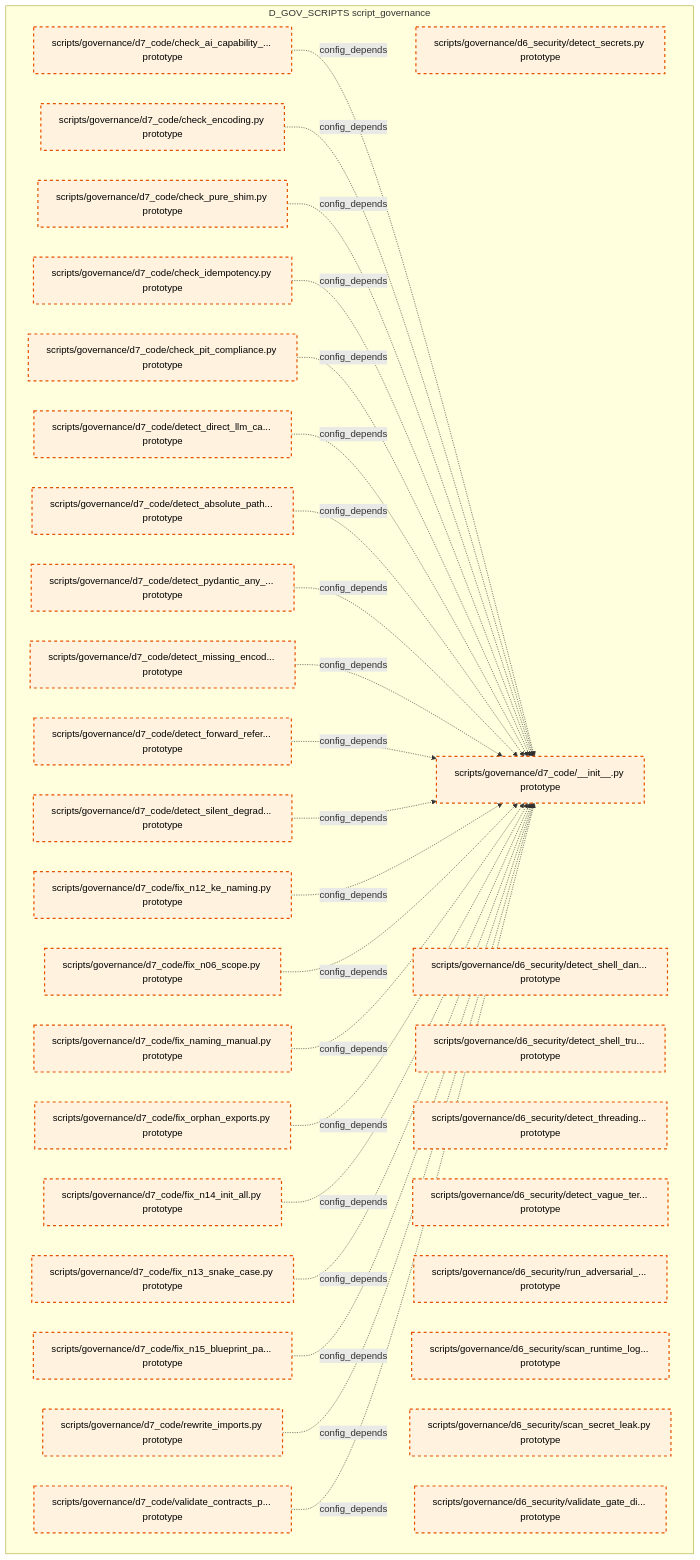
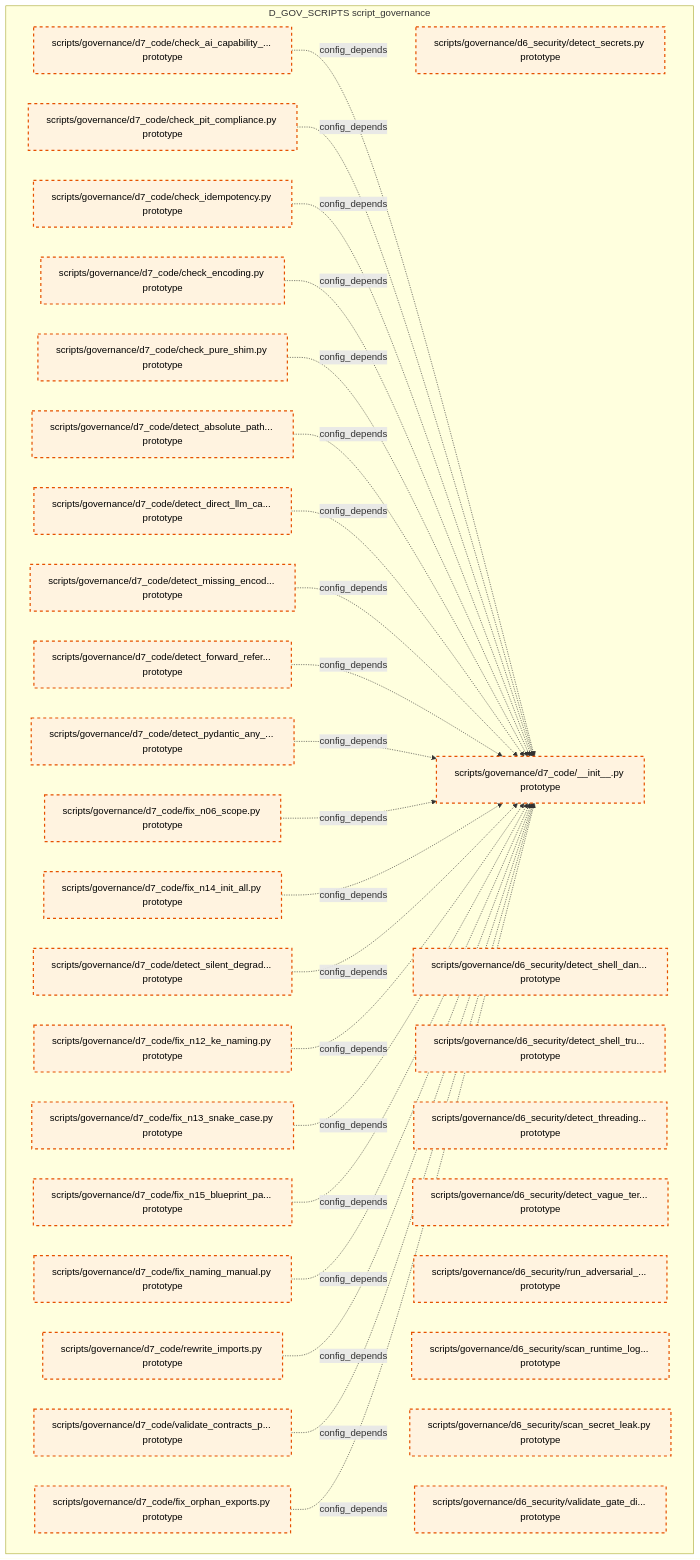
Before and after one commit to xuanFelixVan/ZephyrAlpha: the tenth of 15 diagrams in docs/02_enterprise_architecture/02_domain_architecture_docs/36_d_gov_scripts.md, drawn with Mermaid. The commit also changed other lines of this file and 99 other files, not shown here.

````diff
--- a/docs/02_enterprise_architecture/02_domain_architecture_docs/36_d_gov_scripts.md
+++ b/docs/02_enterprise_architecture/02_domain_architecture_docs/36_d_gov_scripts.md
@@ -685,60 +685,60 @@
 ```mermaid
 graph TD
     subgraph D_GOV_SCRIPTS["D_GOV_SCRIPTS script_governance"]
         scripts_governance_d6_security_detect_secrets_py["scripts/governance/d6_security/detect_secrets.py prototype"]
         scripts_governance_d6_security_detect_shell_dangerous_py["scripts/governance/d6_security/detect_shell_dan... prototype"]
         scripts_governance_d6_security_detect_shell_true_py["scripts/governance/d6_security/detect_shell_tru... prototype"]
         scripts_governance_d6_security_detect_threading_lock_py["scripts/governance/d6_security/detect_threading... prototype"]
         scripts_governance_d6_security_detect_vague_terms_py["scripts/governance/d6_security/detect_vague_ter... prototype"]
         scripts_governance_d6_security_run_adversarial_checks_py["scripts/governance/d6_security/run_adversarial_... prototype"]
         scripts_governance_d6_security_scan_runtime_log_secrets_py["scripts/governance/d6_security/scan_runtime_log... prototype"]
         scripts_governance_d6_security_scan_secret_leak_py["scripts/governance/d6_security/scan_secret_leak.py prototype"]
         scripts_governance_d6_security_validate_gate_discipline_py["scripts/governance/d6_security/validate_gate_di... prototype"]
         scripts_governance_d7_code_init_py["scripts/governance/d7_code/__init__.py prototype"]
         scripts_governance_d7_code_check_ai_capability_boundary_py["scripts/governance/d7_code/check_ai_capability_... prototype"]
         scripts_governance_d7_code_check_encoding_py["scripts/governance/d7_code/check_encoding.py prototype"]
         scripts_governance_d7_code_check_idempotency_py["scripts/governance/d7_code/check_idempotency.py prototype"]
         scripts_governance_d7_code_check_pit_compliance_py["scripts/governance/d7_code/check_pit_compliance.py prototype"]
         scripts_governance_d7_code_check_pure_shim_py["scripts/governance/d7_code/check_pure_shim.py prototype"]
         scripts_governance_d7_code_detect_absolute_path_hardcoding_py["scripts/governance/d7_code/detect_absolute_path... prototype"]
         scripts_governance_d7_code_detect_direct_llm_calls_py["scripts/governance/d7_code/detect_direct_llm_ca... prototype"]
         scripts_governance_d7_code_detect_forward_reference_py["scripts/governance/d7_code/detect_forward_refer... prototype"]
         scripts_governance_d7_code_detect_missing_encoding_py["scripts/governance/d7_code/detect_missing_encod... prototype"]
         scripts_governance_d7_code_detect_pydantic_any_fields_py["scripts/governance/d7_code/detect_pydantic_any_... prototype"]
         scripts_governance_d7_code_detect_silent_degradation_py["scripts/governance/d7_code/detect_silent_degrad... prototype"]
         scripts_governance_d7_code_fix_n06_scope_py["scripts/governance/d7_code/fix_n06_scope.py prototype"]
         scripts_governance_d7_code_fix_n12_ke_naming_py["scripts/governance/d7_code/fix_n12_ke_naming.py prototype"]
         scripts_governance_d7_code_fix_n13_snake_case_py["scripts/governance/d7_code/fix_n13_snake_case.py prototype"]
         scripts_governance_d7_code_fix_n14_init_all_py["scripts/governance/d7_code/fix_n14_init_all.py prototype"]
         scripts_governance_d7_code_fix_n15_blueprint_path_py["scripts/governance/d7_code/fix_n15_blueprint_pa... prototype"]
         scripts_governance_d7_code_fix_naming_manual_py["scripts/governance/d7_code/fix_naming_manual.py prototype"]
         scripts_governance_d7_code_fix_orphan_exports_py["scripts/governance/d7_code/fix_orphan_exports.py prototype"]
         scripts_governance_d7_code_rewrite_imports_py["scripts/governance/d7_code/rewrite_imports.py prototype"]
         scripts_governance_d7_code_validate_contracts_purity_py["scripts/governance/d7_code/validate_contracts_p... prototype"]
     end
     scripts_governance_d7_code_check_ai_capability_boundary_py -.->|config_depends| scripts_governance_d7_code_init_py
+    scripts_governance_d7_code_check_pit_compliance_py -.->|config_depends| scripts_governance_d7_code_init_py
+    scripts_governance_d7_code_check_idempotency_py -.->|config_depends| scripts_governance_d7_code_init_py
     scripts_governance_d7_code_check_encoding_py -.->|config_depends| scripts_governance_d7_code_init_py
     scripts_governance_d7_code_check_pure_shim_py -.->|config_depends| scripts_governance_d7_code_init_py
-    scripts_governance_d7_code_check_idempotency_py -.->|config_depends| scripts_governance_d7_code_init_py
-    scripts_governance_d7_code_check_pit_compliance_py -.->|config_depends| scripts_governance_d7_code_init_py
+    scripts_governance_d7_code_detect_absolute_path_hardcoding_py -.->|config_depends| scripts_governance_d7_code_init_py
     scripts_governance_d7_code_detect_direct_llm_calls_py -.->|config_depends| scripts_governance_d7_code_init_py
-    scripts_governance_d7_code_detect_absolute_path_hardcoding_py -.->|config_depends| scripts_governance_d7_code_init_py
-    scripts_governance_d7_code_detect_pydantic_any_fields_py -.->|config_depends| scripts_governance_d7_code_init_py
     scripts_governance_d7_code_detect_missing_encoding_py -.->|config_depends| scripts_governance_d7_code_init_py
     scripts_governance_d7_code_detect_forward_reference_py -.->|config_depends| scripts_governance_d7_code_init_py
+    scripts_governance_d7_code_detect_pydantic_any_fields_py -.->|config_depends| scripts_governance_d7_code_init_py
+    scripts_governance_d7_code_fix_n06_scope_py -.->|config_depends| scripts_governance_d7_code_init_py
+    scripts_governance_d7_code_fix_n14_init_all_py -.->|config_depends| scripts_governance_d7_code_init_py
     scripts_governance_d7_code_detect_silent_degradation_py -.->|config_depends| scripts_governance_d7_code_init_py
     scripts_governance_d7_code_fix_n12_ke_naming_py -.->|config_depends| scripts_governance_d7_code_init_py
-    scripts_governance_d7_code_fix_n06_scope_py -.->|config_depends| scripts_governance_d7_code_init_py
-    scripts_governance_d7_code_fix_naming_manual_py -.->|config_depends| scripts_governance_d7_code_init_py
-    scripts_governance_d7_code_fix_orphan_exports_py -.->|config_depends| scripts_governance_d7_code_init_py
-    scripts_governance_d7_code_fix_n14_init_all_py -.->|config_depends| scripts_governance_d7_code_init_py
     scripts_governance_d7_code_fix_n13_snake_case_py -.->|config_depends| scripts_governance_d7_code_init_py
     scripts_governance_d7_code_fix_n15_blueprint_path_py -.->|config_depends| scripts_governance_d7_code_init_py
+    scripts_governance_d7_code_fix_naming_manual_py -.->|config_depends| scripts_governance_d7_code_init_py
     scripts_governance_d7_code_rewrite_imports_py -.->|config_depends| scripts_governance_d7_code_init_py
     scripts_governance_d7_code_validate_contracts_purity_py -.->|config_depends| scripts_governance_d7_code_init_py
+    scripts_governance_d7_code_fix_orphan_exports_py -.->|config_depends| scripts_governance_d7_code_init_py
     classDef production fill:#e1f5fe,stroke:#01579b,stroke-width:2px,color:#000
     classDef design fill:#fff3e0,stroke:#e65100,stroke-width:2px,color:#000,stroke-dasharray: 5 5
     classDef external_prod fill:#e8f5e9,stroke:#1b5e20,stroke-width:1px,color:#000
     classDef external_design fill:#fce4ec,stroke:#880e4f,stroke-width:1px,color:#000,stroke-dasharray: 5 5
     class scripts_governance_d6_security_detect_secrets_py,scripts_governance_d6_security_detect_shell_dangerous_py,scripts_governance_d6_security_detect_shell_true_py,scripts_governance_d6_security_detect_threading_lock_py,scripts_governance_d6_security_detect_vague_terms_py,scripts_governance_d6_security_run_adversarial_checks_py,scripts_governance_d6_security_scan_runtime_log_secrets_py,scripts_governance_d6_security_scan_secret_leak_py,scripts_governance_d6_security_validate_gate_discipline_py,scripts_governance_d7_code_init_py,scripts_governance_d7_code_check_ai_capability_boundary_py,scripts_governance_d7_code_check_encoding_py,scripts_governance_d7_code_check_idempotency_py,scripts_governance_d7_code_check_pit_compliance_py,scripts_governance_d7_code_check_pure_shim_py,scripts_governance_d7_code_detect_absolute_path_hardcoding_py,scripts_governance_d7_code_detect_direct_llm_calls_py,scripts_governance_d7_code_detect_forward_reference_py,scripts_governance_d7_code_detect_missing_encoding_py,scripts_governance_d7_code_detect_pydantic_any_fields_py,scripts_governance_d7_code_detect_silent_degradation_py,scripts_governance_d7_code_fix_n06_scope_py,scripts_governance_d7_code_fix_n12_ke_naming_py,scripts_governance_d7_code_fix_n13_snake_case_py,scripts_governance_d7_code_fix_n14_init_all_py,scripts_governance_d7_code_fix_n15_blueprint_path_py,scripts_governance_d7_code_fix_naming_manual_py,scripts_governance_d7_code_fix_orphan_exports_py,scripts_governance_d7_code_rewrite_imports_py,scripts_governance_d7_code_validate_contracts_purity_py design
 ```
````
